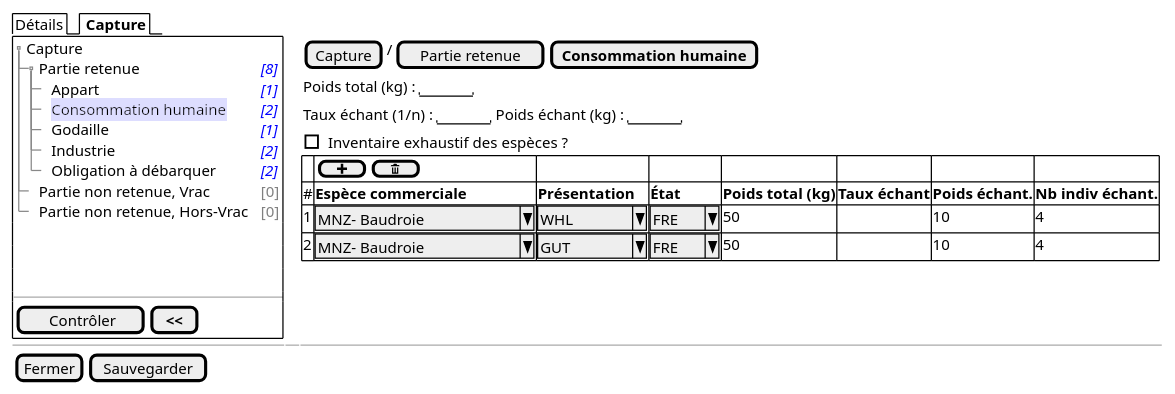
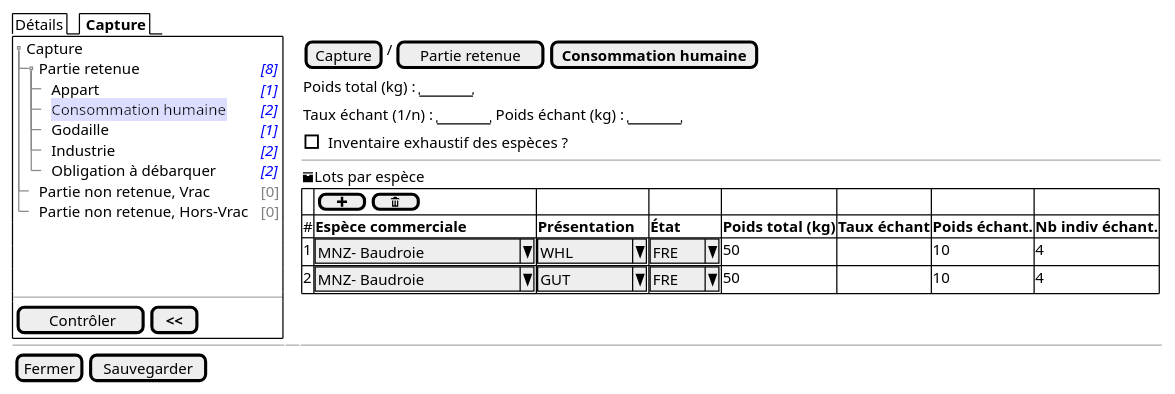
The diagram in projects/obsmer/spe/images/batch/batch-tree-PR-HCN.puml (sumaris-net/sumaris-doc), drawn with PlantUML before and after one commit. The commit also changed 8 other files, not shown here.

```diff
--- a/projects/obsmer/spe/images/batch/batch-tree-PR-HCN.puml
+++ b/projects/obsmer/spe/images/batch/batch-tree-PR-HCN.puml
@@ -1,43 +1,44 @@
 @startsalt
 {
   {/ Détails | <b> Capture }
   {+
    {T
        + Capture    | .
        ++ Partie retenue       | <i><color:blue>[8]
        +++ Appart | <i><color:blue>[1]
        +++ <back:#DDF>Consommation humaine | <i><color:blue>[2]
        +++ Godaille | <i><color:blue>[1]
        +++ Industrie | <i><color:blue>[2]
        +++ Obligation à débarquer| <i><color:blue>[2]
        ++ Partie non retenue, Vrac | <color:gray>[0]
        ++ Partie non retenue, Hors-Vrac | <color:gray>[0]
    }
     .
     .
     .
    --
    {
       [<&checkmark> Contrôler] | [ <b><< ]
    }
   } | . | {
     { [Capture] | / | [Partie retenue] | [<b>Consommation humaine] }
 
     {Poids total (kg) : | "     " }
 
     {Taux échant (1/n) : | "     " | Poids échant (kg) : | "     " }
 
     { [ ] Inventaire exhaustif des espèces ? }
-
+    ---
+    <&box>Lots par espèce
     {#
           . | {[ <&plus> ] | [ <&trash> ] }  | . | . | . | . | .
           # | <b>Espèce commerciale  | <b>Présentation | <b>État | <b>Poids total (kg)     |  <b>Taux échant  | <b>Poids échant. | <b>Nb indiv échant.
           1 | ^MNZ- Baudroie       ^ | ^     WHL ^ | ^ FRE ^ | 50   |  .   |   10          | 4
           2 | ^MNZ- Baudroie       ^ | ^     GUT ^ | ^ FRE ^ | 50   |  .   |   10          | 4
         }
   }
 
   -- | -- | --
   { [Fermer] | [Sauvegarder] }
 }
 @endsalt
```
